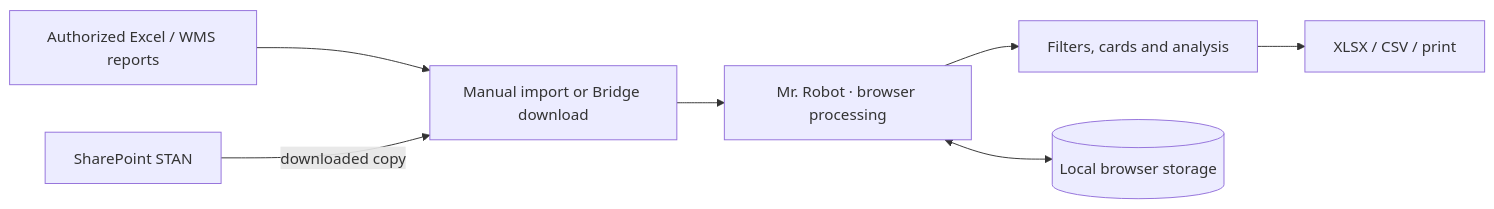
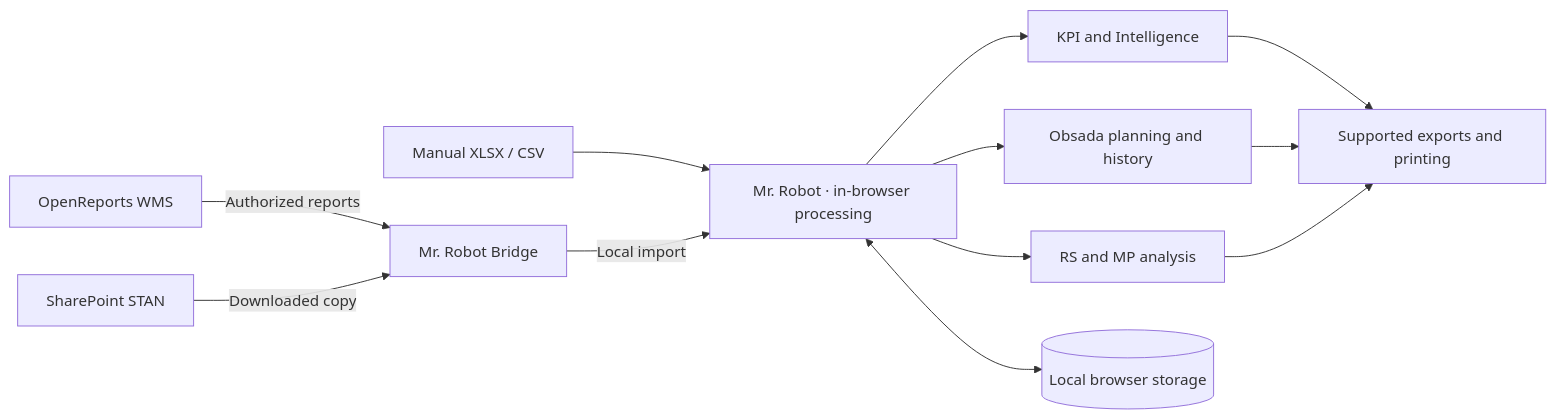
Before and after one commit to horkiroman4408-cyber/Mr.-Robot-App: the diagram in README.md, drawn with Mermaid. The commit also changed other lines of this file and 2 other files, not shown here.

````diff
--- a/README.md
+++ b/README.md
@@ -128,9 +143,14 @@
 ```mermaid
 flowchart LR
-    A[Authorized Excel / WMS reports] --> B[Manual import or Bridge download]
-    B --> C[Mr. Robot · browser processing]
-    C --> D[Filters, cards and analysis]
-    D --> E[XLSX / CSV / print]
-    C <--> F[(Local browser storage)]
-    G[SharePoint STAN] -->|downloaded copy| B
+    A[OpenReports WMS] -->|Authorized reports| B[Mr. Robot Bridge]
+    S[SharePoint STAN] -->|Downloaded copy| B
+    M[Manual XLSX / CSV] --> C[Mr. Robot · in-browser processing]
+    B -->|Local import| C
+    C --> D[KPI and Intelligence]
+    C --> E[Obsada planning and history]
+    C --> F[RS and MP analysis]
+    D --> X[Supported exports and printing]
+    E --> X
+    F --> X
+    C <--> L[(Local browser storage)]
 ```
````
